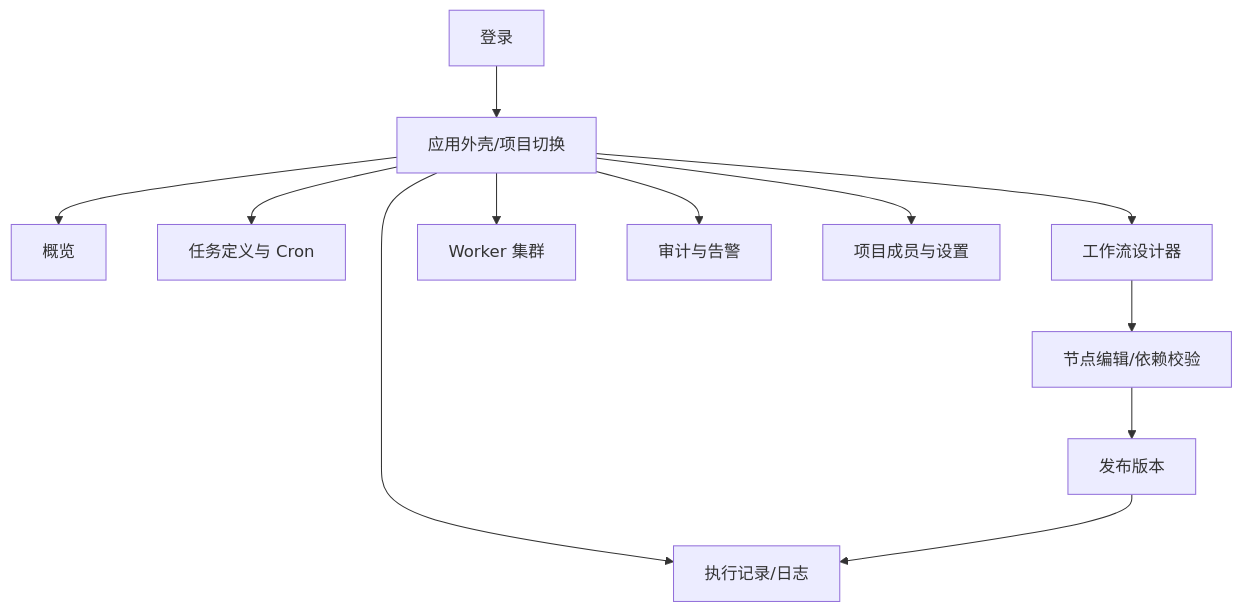
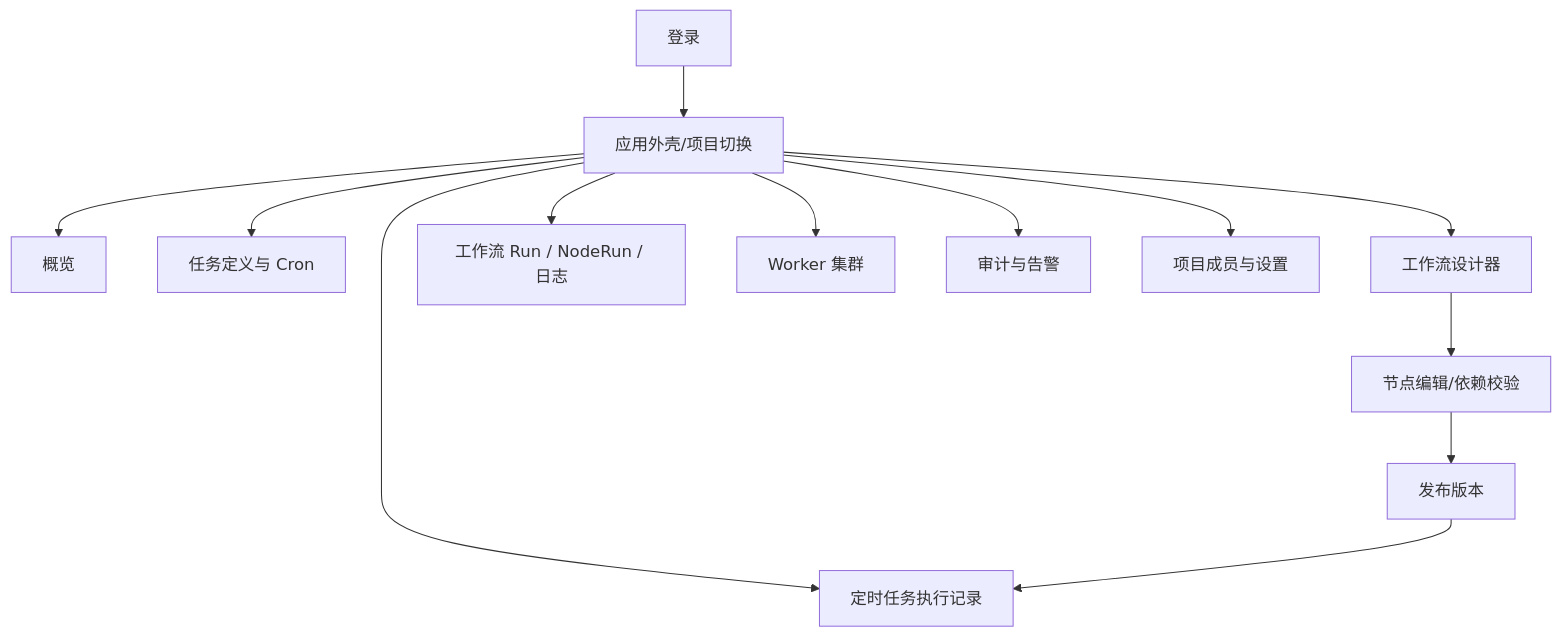
One commit to Ryan-Guizhou/otryx-flow changed the diagram in docs/05-frontend/ui-ux-spec.md. Above: the diagram before and after it, drawn with Mermaid. The commit also changed other lines of this file and 29 other files, not shown here.

Commit message:
feat(m3): add DAG run observability and bounded execution logs

````diff
--- a/docs/05-frontend/ui-ux-spec.md
+++ b/docs/05-frontend/ui-ux-spec.md
@@ -7,14 +7,15 @@
 ```mermaid
 flowchart TD
   Login[登录] --> Shell[应用外壳/项目切换]
   Shell --> Dashboard[概览]
   Shell --> Jobs[任务定义与 Cron]
   Shell --> Workflow[工作流设计器]
-  Shell --> Runs[执行记录/日志]
+  Shell --> Runs[定时任务执行记录]
+  Shell --> DagRuns[工作流 Run / NodeRun / 日志]
   Shell --> Workers[Worker 集群]
   Shell --> Audit[审计与告警]
   Shell --> Settings[项目成员与设置]
   Workflow --> Graph[节点编辑/依赖校验]
   Graph --> Version[发布版本]
   Version --> Runs
 ```
````
